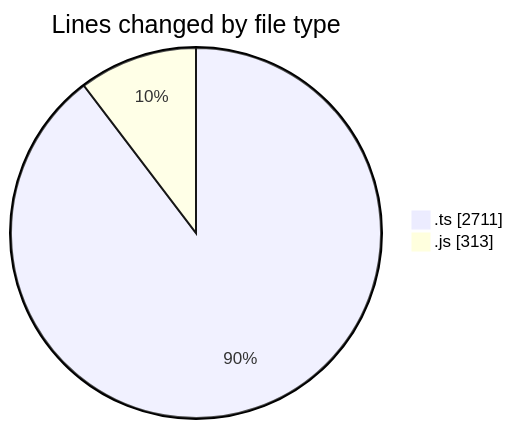
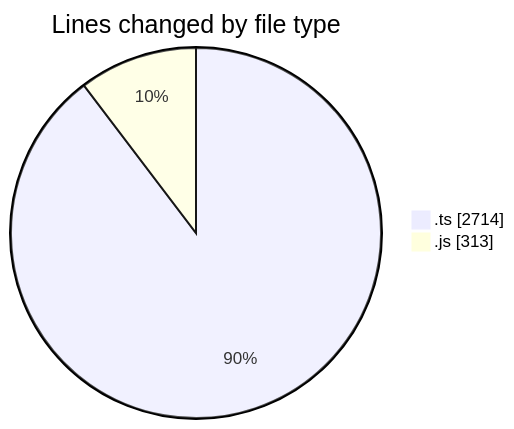
One commit to momahboobian/code-tracking changed the first of 2 diagrams in 2025-09-05/cda/README.md. Above: the diagram before and after it, drawn with Mermaid. The commit also changed other lines of this file and 1 other file, not shown here.

````diff
--- a/2025-09-05/cda/README.md
+++ b/2025-09-05/cda/README.md
@@ -22,6 +22,6 @@
 ```mermaid
 pie showData
 title Lines changed by file type
-".ts" : 2711
+".ts" : 2714
 ".js" : 313
 ```
````
